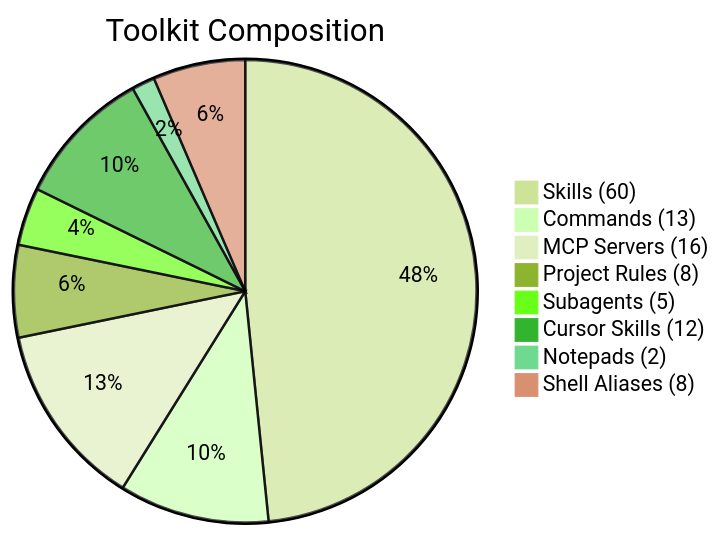
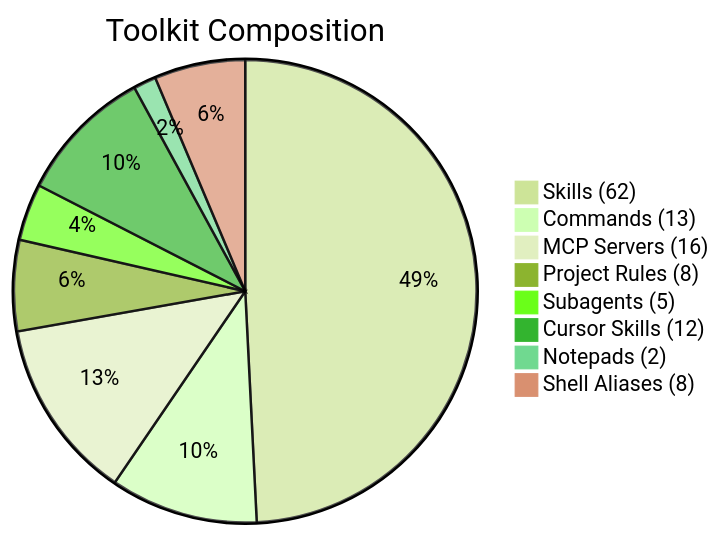
One commit to kensaurus/cursor-kenji changed the second of 12 diagrams in README.md. Above: the diagram before and after it, drawn with Mermaid (forest theme). The commit also changed other lines of this file and 36 other files, not shown here.

````diff
--- a/README.md
+++ b/README.md
@@ -144,11 +153,11 @@
 ```mermaid
 pie title Toolkit Composition
-    "Skills (60)" : 60
+    "Skills (62)" : 62
     "Commands (13)" : 13
     "MCP Servers (16)" : 16
     "Project Rules (8)" : 8
     "Subagents (5)" : 5
     "Cursor Skills (12)" : 12
     "Notepads (2)" : 2
     "Shell Aliases (8)" : 8
 ```
````
